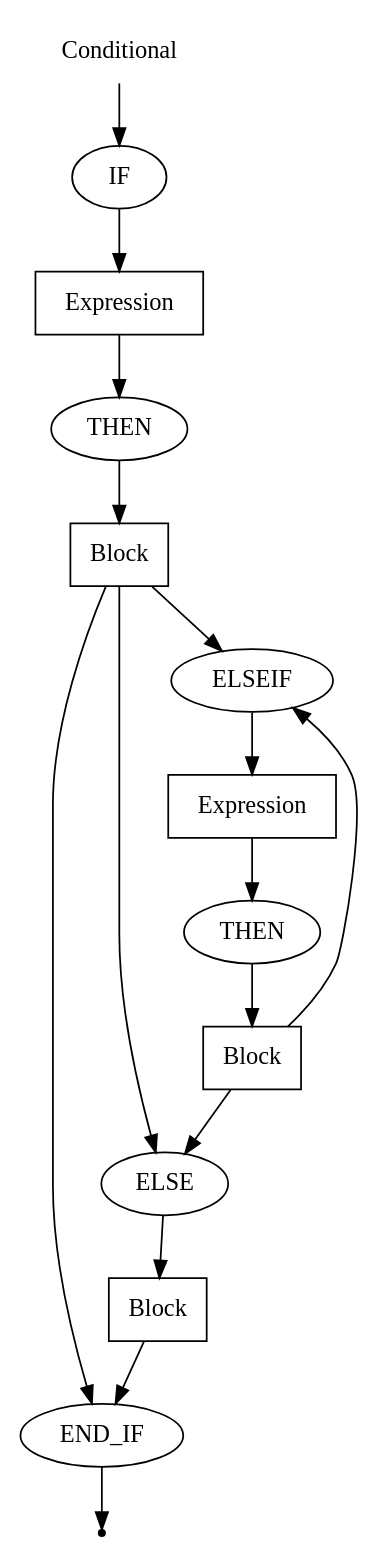
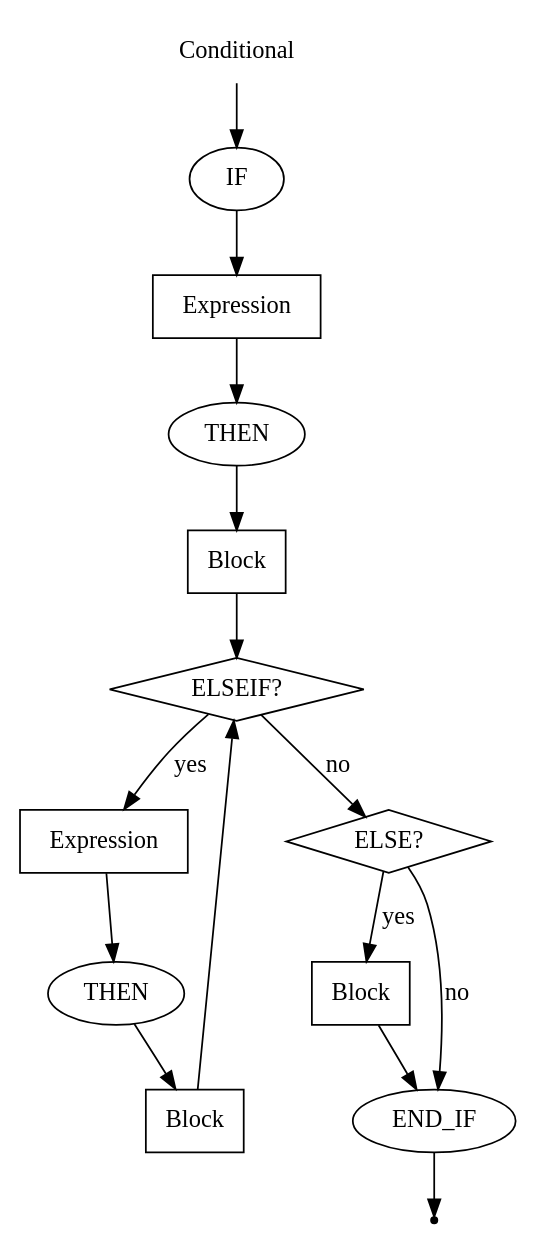
The diagram in PSECO_NEW/wirth/Conditional.gv (EgorGoluzin/DSL), drawn with Graphviz before and after one commit. The commit also changed 7 other files, not shown here.

```diff
--- a/PSECO_NEW/wirth/Conditional.gv
+++ b/PSECO_NEW/wirth/Conditional.gv
@@ -1,30 +1,33 @@
-digraph CONDITIONAL {
+digraph Conditional {
   start [label="Conditional" shape=plaintext];
   end [label="" shape=point];
+
   A [label="IF" shape=oval];
   B [label="Expression" shape=box];
   C [label="THEN" shape=oval];
   D [label="Block" shape=box];
-  F [label="END_IF" shape=oval];
-  G [label="ELSE" shape=oval];
+  E [label="ELSEIF?" shape=diamond];
+  F [label="Expression" shape=box];
+  G [label="THEN" shape=oval];
   H [label="Block" shape=box];
-  I [label="ELSEIF" shape=oval];
-  J [label="Expression" shape=box];
-  K [label="THEN" shape=oval];
-  L [label="Block" shape=box];
+  I [label="ELSE?" shape=diamond];
+  J [label="Block" shape=box];
+  K [label="END_IF" shape=oval];
+
   start -> A;
   A -> B;
   B -> C;
   C -> D;
-  D -> I;
-  D -> G;
-  D -> F;
-  F -> end;
+  D -> E;
+
+  E -> F [label="yes"];
+  F -> G;
   G -> H;
-  H -> F;
-  I -> J;
+  H -> E;
+
+  E -> I [label="no"];
+  I -> J [label="yes"];
   J -> K;
-  K -> L;
-  L -> I;
-  L -> G;
+  I -> K [label="no"];
+  K -> end;
 }
```
